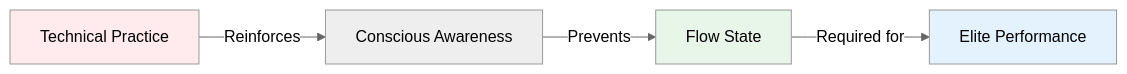
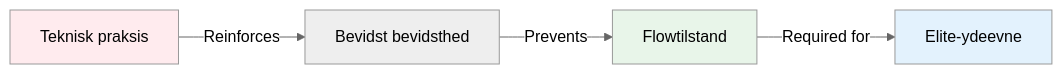
One commit to patwii/petanque-academy changed the diagram in docs/da/articles/mental-vs-technical.md. Above: the diagram before and after it, drawn with Mermaid (neutral theme). The commit also changed other lines of this file and 550 other files, not shown here.

````diff
--- a/docs/da/articles/mental-vs-technical.md
+++ b/docs/da/articles/mental-vs-technical.md
@@ -48,10 +48,10 @@
 ```mermaid
 graph LR
-    A[Technical Practice] -->|Reinforces| B[Conscious Awareness]
-    B -->|Prevents| C[Flow State]
-    C -->|Required for| D[Elite Performance]
+    A[Teknisk praksis] -->|Reinforces| B[Bevidst bevidsthed]
+    B -->|Prevents| C[Flowtilstand]
+    C -->|Required for| D[Elite-ydeevne]
     
     style A fill:#ffebee
     style C fill:#e8f5e9
     style D fill:#e3f2fd
 ```
````
